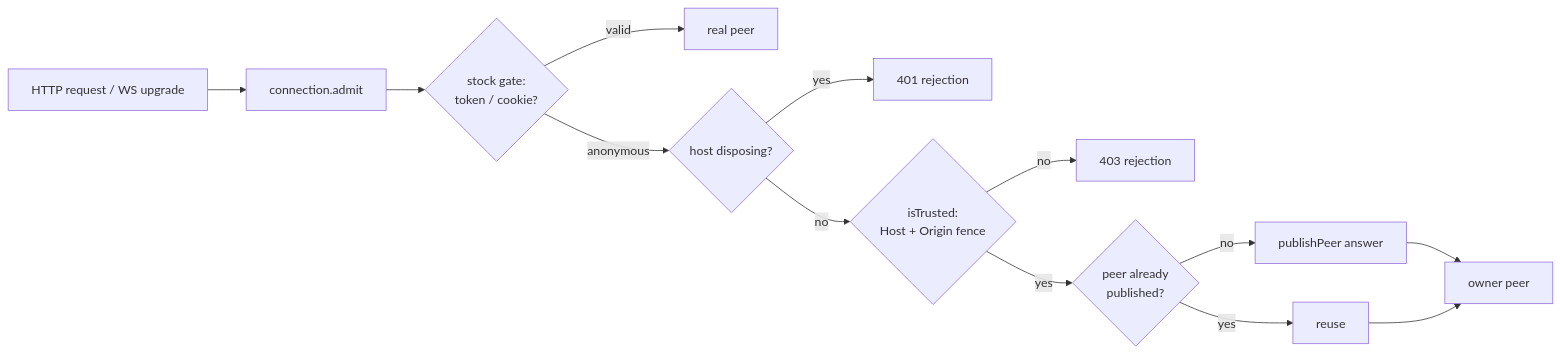
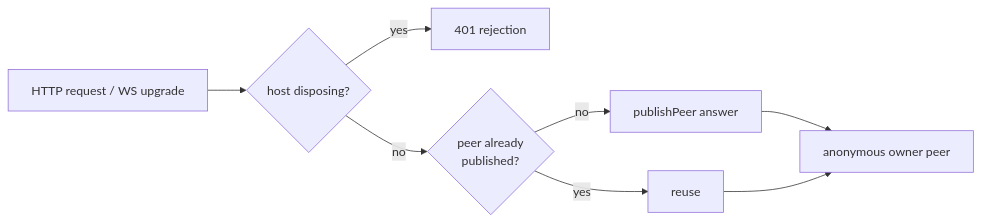
One commit to Casper-Mars/dsh-local-admission changed the diagram in README.md. Above: the diagram before and after it, drawn with Mermaid. The commit also changed other lines of this file and 4 other files, not shown here.

````diff
--- a/README.md
+++ b/README.md
@@ -48,15 +50,10 @@
 ```mermaid
 flowchart LR
-  C[HTTP request / WS upgrade] --> A[connection.admit]
-  A --> S{stock gate:<br/>token / cookie?}
-  S -- valid --> P[real peer]
-  S -- anonymous --> D{host disposing?}
+  C[HTTP request / WS upgrade] --> D{host disposing?}
   D -- yes --> R401[401 rejection]
-  D -- no --> H{isTrusted:<br/>Host + Origin fence}
-  H -- no --> R403[403 rejection]
-  H -- yes --> K{peer already<br/>published?}
+  D -- no --> K{peer already<br/>published?}
   K -- no --> N[publishPeer answer]
   K -- yes --> U[reuse]
-  N --> OK[owner peer]
+  N --> OK[anonymous owner peer]
   U --> OK
 ```
````
